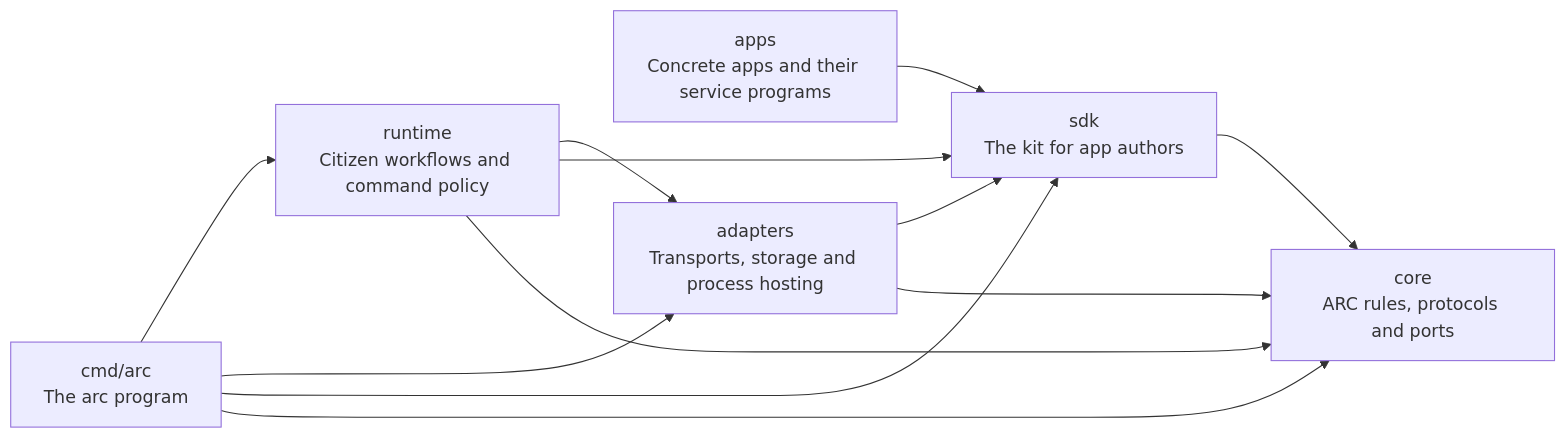
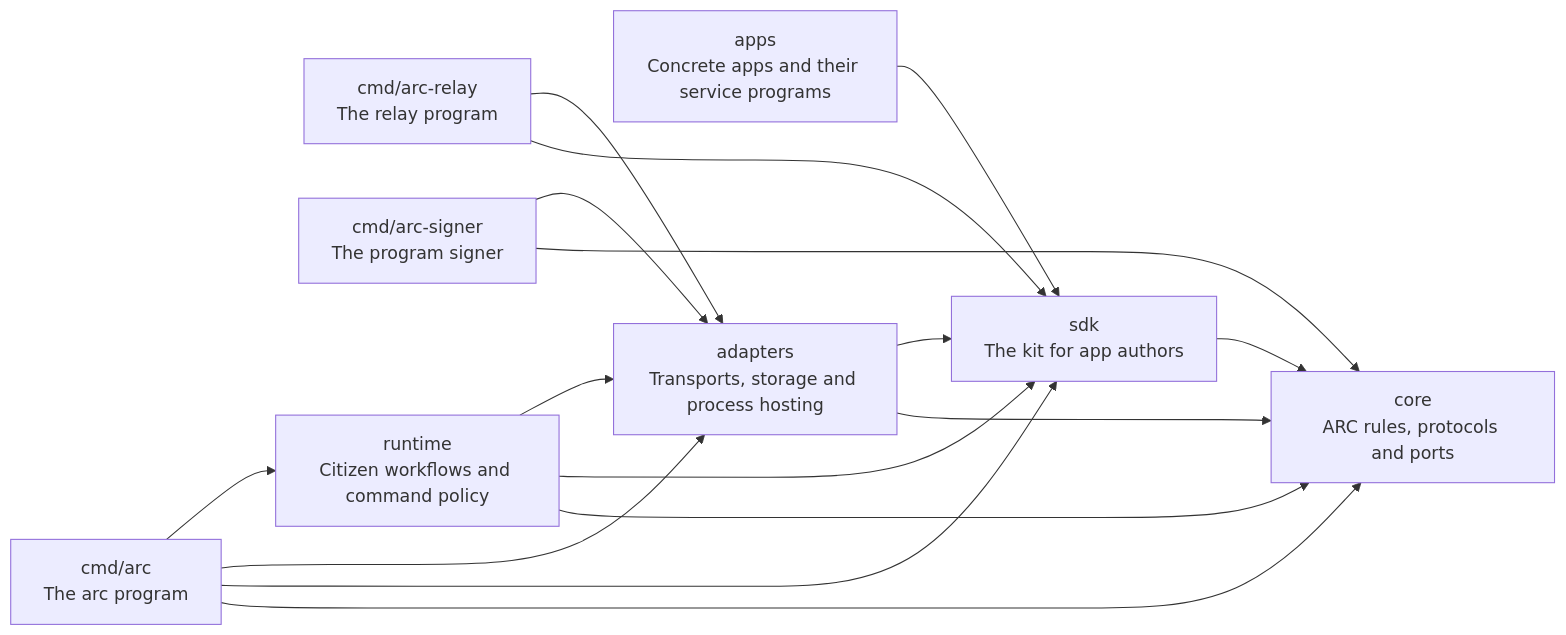
Before and after one commit to gezibash/arc: the diagram in docs/ARCHITECTURE.md, drawn with Mermaid. The commit also changed other lines of this file and 167 other files, not shown here.

First line of the commit message:
feat!: small programs: arc-relay, arc-signer, and no source file over 600 lines (#469)

````diff
--- a/docs/ARCHITECTURE.md
+++ b/docs/ARCHITECTURE.md
@@ -7,20 +7,26 @@
 ```mermaid
 flowchart LR
     ARC["cmd/arc<br/>The arc program"]
+    RELAY["cmd/arc-relay<br/>The relay program"]
+    SIGNER["cmd/arc-signer<br/>The program signer"]
     APPS["apps<br/>Concrete apps and their service programs"]
     RUNTIME["runtime<br/>Citizen workflows and command policy"]
     ADAPTER["adapters<br/>Transports, storage and process hosting"]
     SDK["sdk<br/>The kit for app authors"]
     CORE["core<br/>ARC rules, protocols and ports"]
     ARC --> RUNTIME
     ARC --> ADAPTER
     ARC --> SDK
     ARC --> CORE
+    RELAY --> ADAPTER
+    RELAY --> SDK
+    SIGNER --> ADAPTER
+    SIGNER --> CORE
     APPS --> SDK
     RUNTIME --> ADAPTER
     RUNTIME --> SDK
     RUNTIME --> CORE
     ADAPTER --> SDK
     ADAPTER --> CORE
     SDK --> CORE
 ```
````
